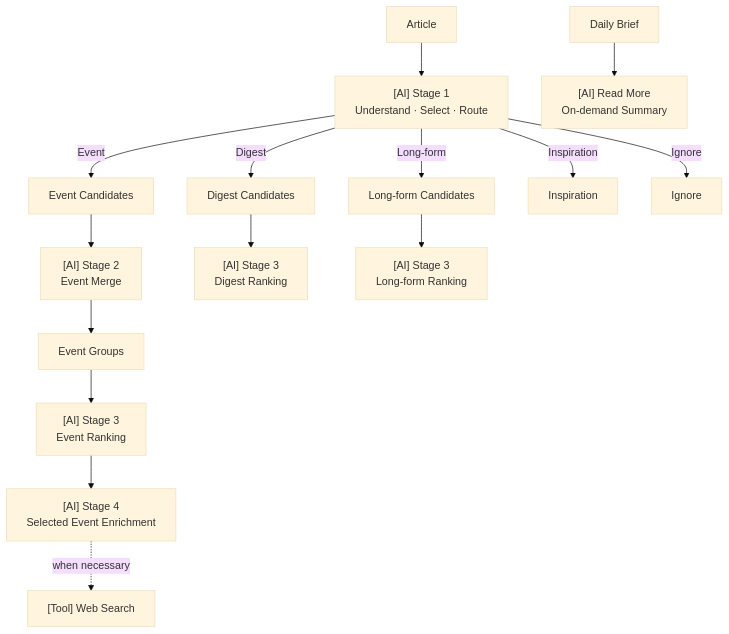
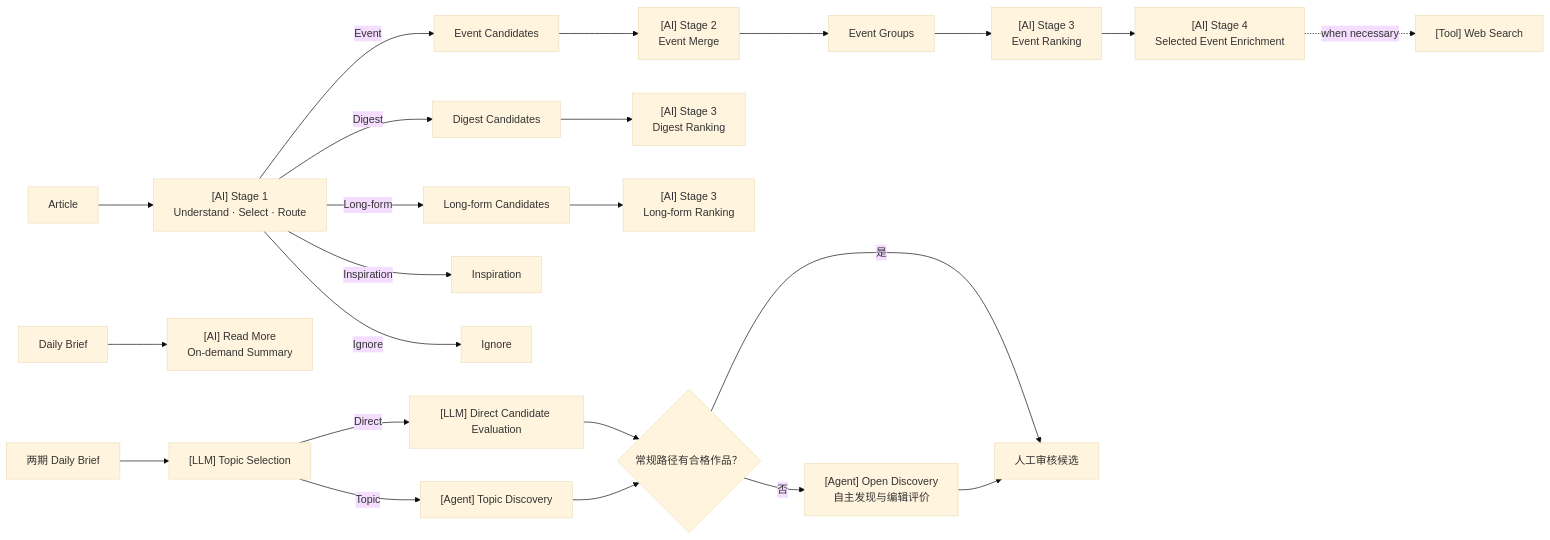
One commit to QHYK/X-AI changed the diagram in docs/03-ai-workflow-spec.md. Above: the diagram before and after it, drawn with Mermaid (base theme). The commit also changed other lines of this file and 8 other files, not shown here.

````diff
--- a/docs/03-ai-workflow-spec.md
+++ b/docs/03-ai-workflow-spec.md
@@ -22,17 +23,26 @@
 ```mermaid
-flowchart TD
+flowchart LR
     A["Article"] --> S1["[AI] Stage 1<br/>Understand · Select · Route"]
     S1 -->|Event| E["Event Candidates"]
     S1 -->|Digest| D["Digest Candidates"]
     S1 -->|Long-form| L["Long-form Candidates"]
     S1 -->|Inspiration| I["Inspiration"]
     S1 -->|Ignore| X["Ignore"]
     E --> S2["[AI] Stage 2<br/>Event Merge"]
     S2 --> EG["Event Groups"]
     EG --> ER["[AI] Stage 3<br/>Event Ranking"]
     D --> DR["[AI] Stage 3<br/>Digest Ranking"]
     L --> LR["[AI] Stage 3<br/>Long-form Ranking"]
     ER --> S4["[AI] Stage 4<br/>Selected Event Enrichment"]
     S4 -. "when necessary" .-> W["[Tool] Web Search"]
     UI["Daily Brief"] --> RM["[AI] Read More<br/>On-demand Summary"]
+
+    DB["两期 Daily Brief"] --> TS["[LLM] Topic Selection"]
+    TS -->|Direct| DV["[LLM] Direct Candidate Evaluation"]
+    TS -->|Topic| TA["[Agent] Topic Discovery"]
+    DV --> Q{"常规路径有合格作品？"}
+    TA --> Q
+    Q -->|是| HR["人工审核候选"]
+    Q -->|否| OA["[Agent] Open Discovery<br/>自主发现与编辑评价"]
+    OA --> HR
 ```
````
